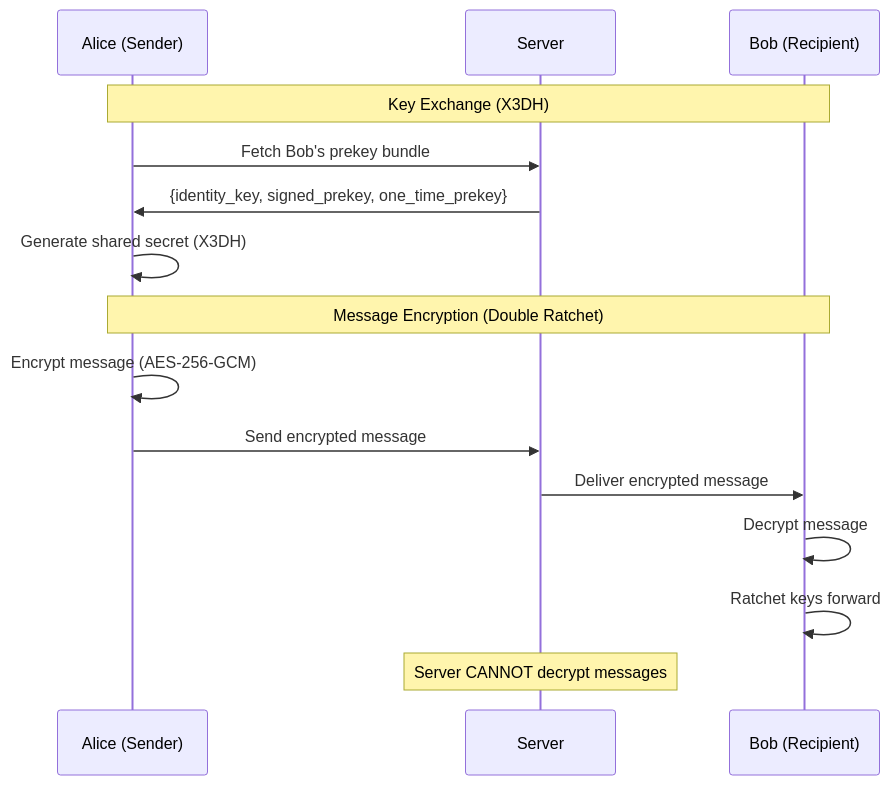
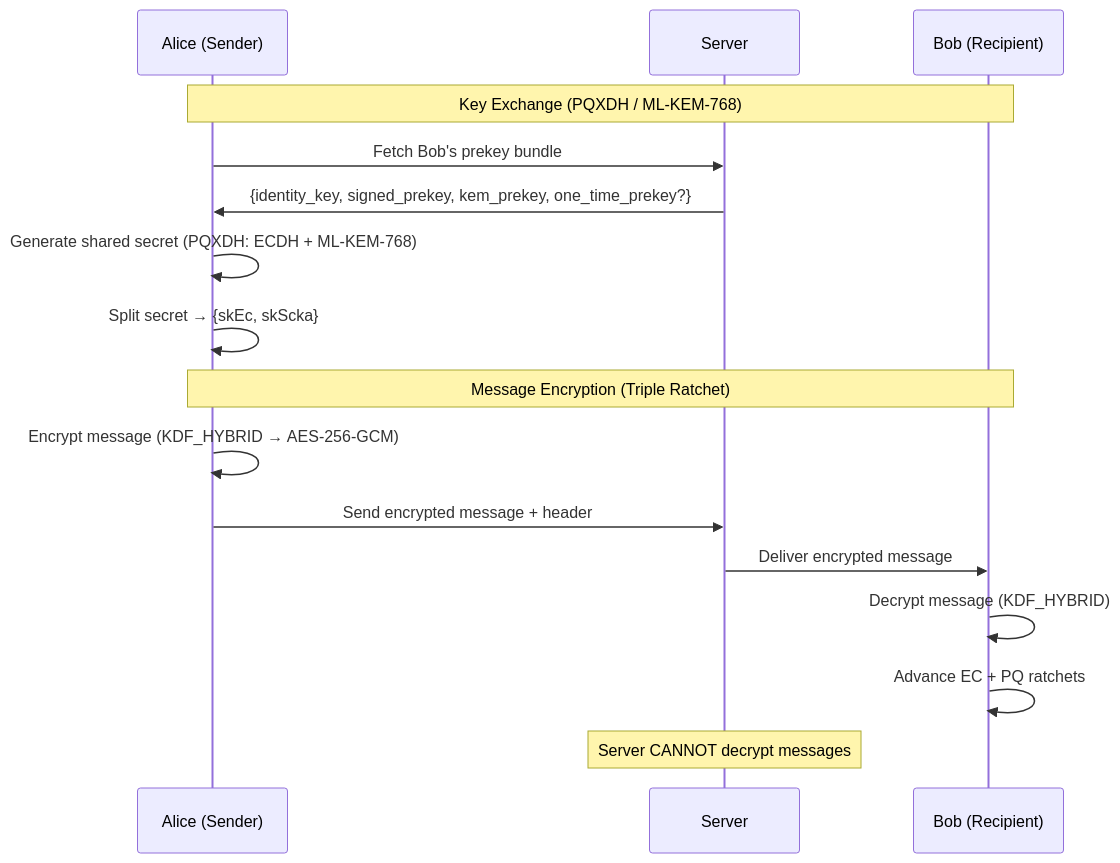
Before and after one commit to cgraph-dev/CGraph: the fourth of 13 diagrams in docs/ARCHITECTURE_DIAGRAMS.md, drawn with Mermaid. The commit also changed other lines of this file and 11 other files, not shown here.

````diff
--- a/docs/ARCHITECTURE_DIAGRAMS.md
+++ b/docs/ARCHITECTURE_DIAGRAMS.md
@@ -122,20 +122,21 @@
 ```mermaid
 sequenceDiagram
     participant A as Alice (Sender)
     participant S as Server
     participant B as Bob (Recipient)
 
-    Note over A,B: Key Exchange (X3DH)
+    Note over A,B: Key Exchange (PQXDH / ML-KEM-768)
     A->>S: Fetch Bob's prekey bundle
-    S->>A: {identity_key, signed_prekey, one_time_prekey}
-    A->>A: Generate shared secret (X3DH)
+    S->>A: {identity_key, signed_prekey, kem_prekey, one_time_prekey?}
+    A->>A: Generate shared secret (PQXDH: ECDH + ML-KEM-768)
+    A->>A: Split secret → {skEc, skScka}
 
-    Note over A,B: Message Encryption (Double Ratchet)
-    A->>A: Encrypt message (AES-256-GCM)
-    A->>S: Send encrypted message
+    Note over A,B: Message Encryption (Triple Ratchet)
+    A->>A: Encrypt message (KDF_HYBRID → AES-256-GCM)
+    A->>S: Send encrypted message + header
     S->>B: Deliver encrypted message
-    B->>B: Decrypt message
-    B->>B: Ratchet keys forward
+    B->>B: Decrypt message (KDF_HYBRID)
+    B->>B: Advance EC + PQ ratchets
 
     Note over S: Server CANNOT decrypt messages
 ```
````
